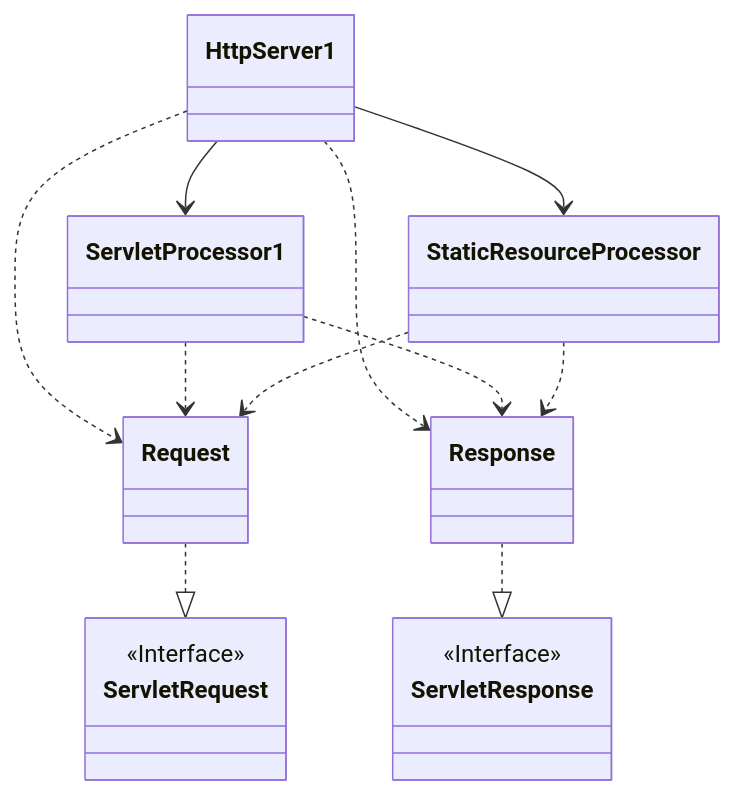
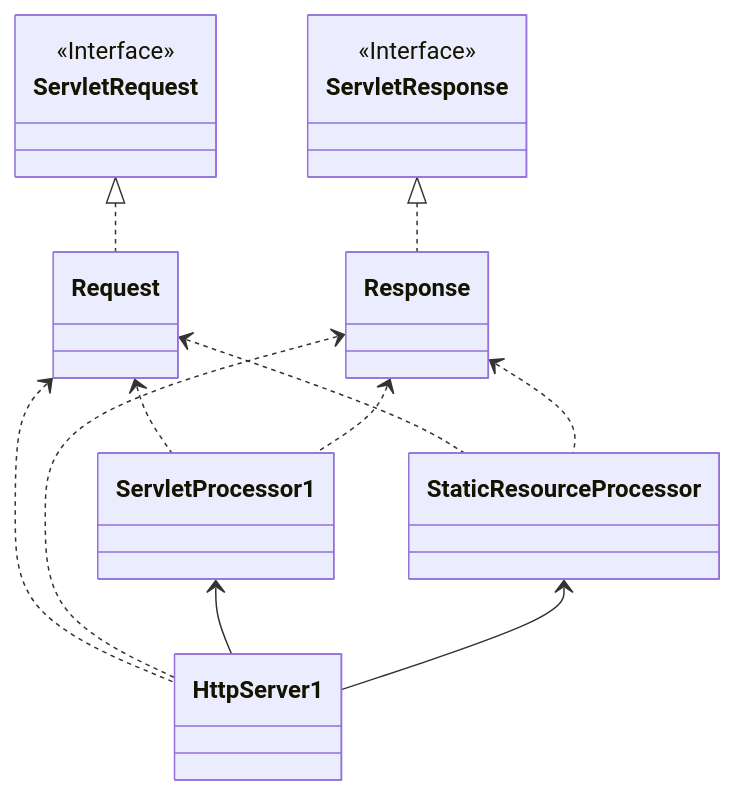
Before and after one commit to mo2feng/mo2feng.github.io: the first of 2 diagrams in Writerside/topics/Tomcat/HTW-02.md, drawn with Mermaid. The commit also changed other lines of this file, not shown here.

Commit message:
修正第二章的问题

````diff
--- a/Writerside/topics/Tomcat/HTW-02.md
+++ b/Writerside/topics/Tomcat/HTW-02.md
@@ -107,23 +107,18 @@
 ```mermaid
 classDiagram
      class ServletResponse
      <<Interface>> ServletResponse
      class ServletRequest
      <<Interface>> ServletRequest
-     class Request
-     class Response
-     class HttpServer1
-     class ServletProcessor1
-     class StaticResourceProcessor
-     
-     Request ..|> ServletRequest
-     Response ..|> ServletResponse
-     HttpServer1 ..> Request
-     HttpServer1 ..> Response
-     HttpServer1 -->ServletProcessor1
-     HttpServer1 -->StaticResourceProcessor
-     ServletProcessor1 ..>Request
-     ServletProcessor1 ..>Response
-     StaticResourceProcessor ..> Request
-     StaticResourceProcessor ..> Response
+  
+     ServletRequest <|.. Request 
+     ServletResponse <|.. Response
+     Request <.. HttpServer1
+     Request <..ServletProcessor1
+     Request <.. StaticResourceProcessor
+	 Response <.. HttpServer1
+	 Response <.. ServletProcessor1
+	 Response <.. StaticResourceProcessor
+     ServletProcessor1 <-- HttpServer1
+     StaticResourceProcessor <-- HttpServer1
 ```
````
